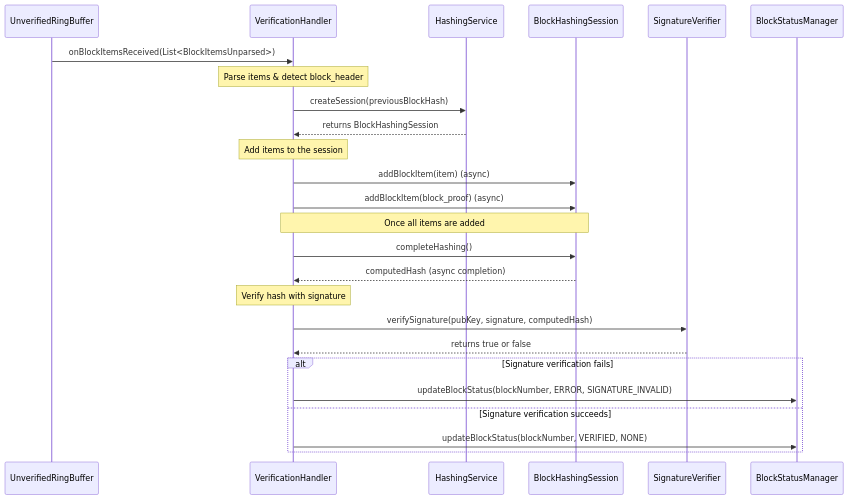
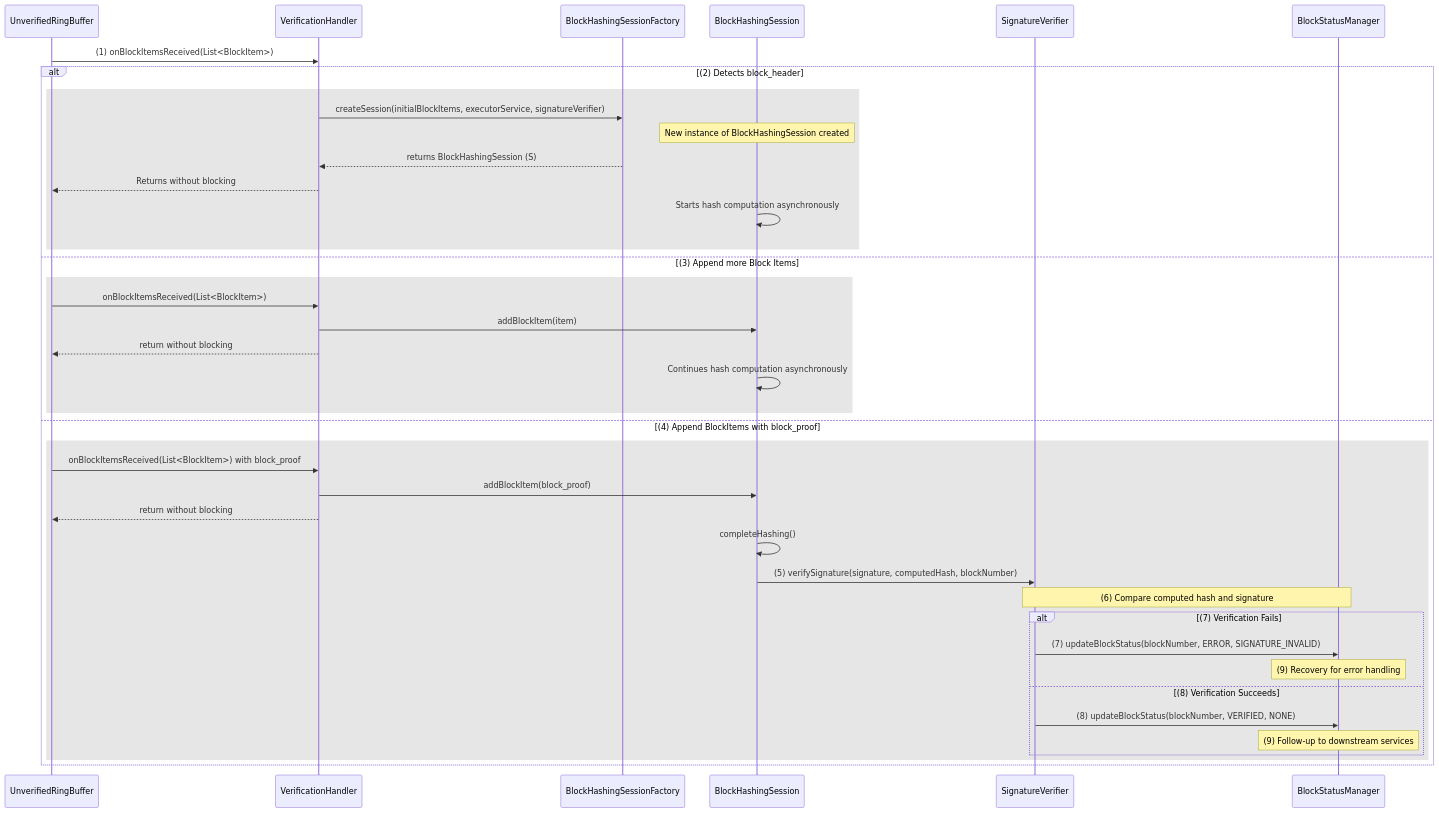
One commit to hashgraph/hedera-block-node changed the diagram in server/docs/design/block-verification.md. Above: the diagram before and after it, drawn with Mermaid. The commit also changed other lines of this file, not shown here.

````diff
--- a/server/docs/design/block-verification.md
+++ b/server/docs/design/block-verification.md
@@ -61,34 +69,50 @@
 ```mermaid
 sequenceDiagram
-    participant UnverifiedRingBuffer
-    participant VerificationHandler
-    participant HashingService
-    participant BlockHashingSession
-    participant SignatureVerifier
-    participant BlockStatusManager
+    participant U as UnverifiedRingBuffer
+    participant V as VerificationHandler
+    participant F as BlockHashingSessionFactory
+    participant S as BlockHashingSession
+    participant SV as SignatureVerifier
+    participant BSM as BlockStatusManager
 
-    UnverifiedRingBuffer->>VerificationHandler: onBlockItemsReceived(List<BlockItemsUnparsed>)
-    note over VerificationHandler: Parse items & detect block_header
+        
+    U->>V: (1) onBlockItemsReceived(List<BlockItem>)        
     
-    VerificationHandler->>HashingService: createSession(previousBlockHash)
-    HashingService-->>VerificationHandler: returns BlockHashingSession
-    
-    note over VerificationHandler: Add items to the session
-    VerificationHandler->>BlockHashingSession: addBlockItem(item) (async)
-    VerificationHandler->>BlockHashingSession: addBlockItem(block_proof) (async)
-    
-    note over VerificationHandler,BlockHashingSession: Once all items are added
-    VerificationHandler->>BlockHashingSession: completeHashing()
-    BlockHashingSession-->>VerificationHandler: computedHash (async completion)
-    
-    note over VerificationHandler: Verify hash with signature
-    VerificationHandler->>SignatureVerifier: verifySignature(pubKey, signature, computedHash)
-    SignatureVerifier-->>VerificationHandler: returns true or false
-    
-    alt Signature verification fails
-        VerificationHandler->>BlockStatusManager: updateBlockStatus(blockNumber, ERROR, SIGNATURE_INVALID)
-    else Signature verification succeeds
-        VerificationHandler->>BlockStatusManager: updateBlockStatus(blockNumber, VERIFIED, NONE)
+    alt (2) Detects block_header
+    rect rgb(230, 230, 230)
+    V->>F: createSession(initialBlockItems, executorService, signatureVerifier)
+    Note over S: New instance of BlockHashingSession created
+    F-->>V: returns BlockHashingSession (S)
+    V-->>U: Returns without blocking
+    S->>S: Starts hash computation asynchronously
+    end
+    else (3) Append more Block Items
+    rect rgb(230, 230, 230)
+    U->>V: onBlockItemsReceived(List<BlockItem>)    
+    V->>S: addBlockItem(item)
+    V-->>U: return without blocking
+    S->>S: Continues hash computation asynchronously
     end
 
+    else (4) Append BlockItems with block_proof
+    rect rgb(230, 230, 230)
+    U->>V: onBlockItemsReceived(List<BlockItem>) with block_proof
+    V->>S: addBlockItem(block_proof)
+    V-->>U: return without blocking    
+    S->>S: completeHashing()   
+
+    S->>SV: (5) verifySignature(signature, computedHash, blockNumber)    
+
+    Note over SV,BSM: (6) Compare computed hash and signature
+    alt (7) Verification Fails
+      SV->>BSM: (7) updateBlockStatus(blockNumber, ERROR, SIGNATURE_INVALID)
+      Note over BSM: (9) Recovery for error handling
+    else (8) Verification Succeeds
+      SV->>BSM: (8) updateBlockStatus(blockNumber, VERIFIED, NONE)
+      Note over BSM: (9) Follow-up to downstream services
+    end
+    end
+    end
+    
+
 ```
````
